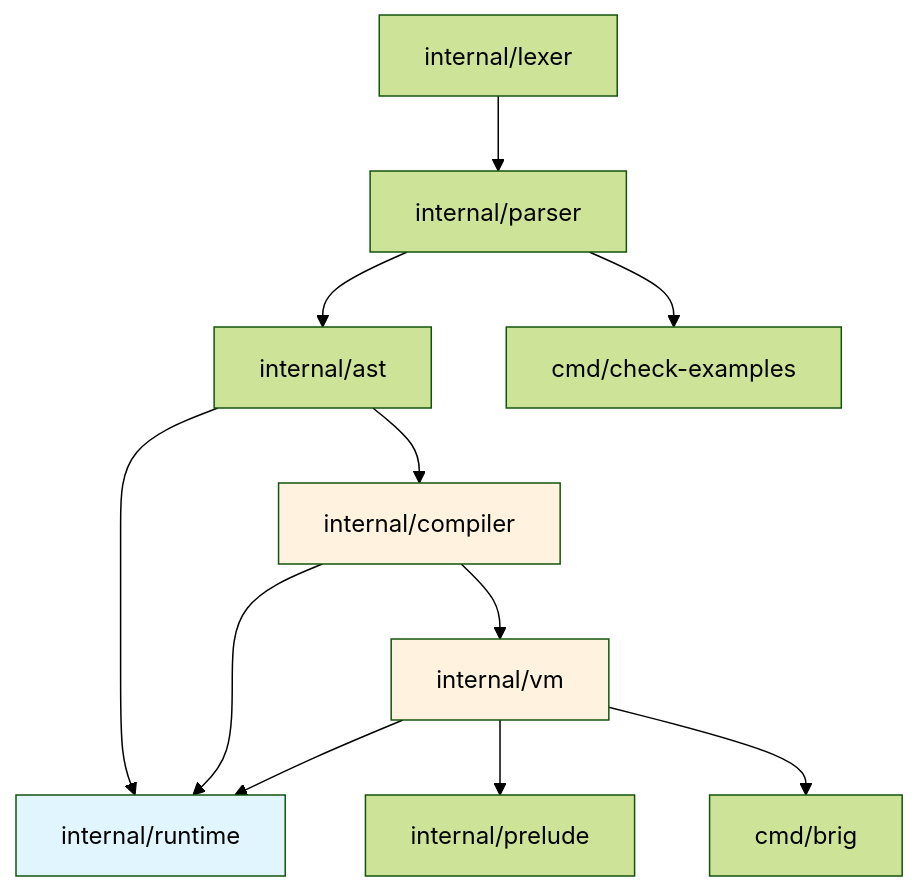
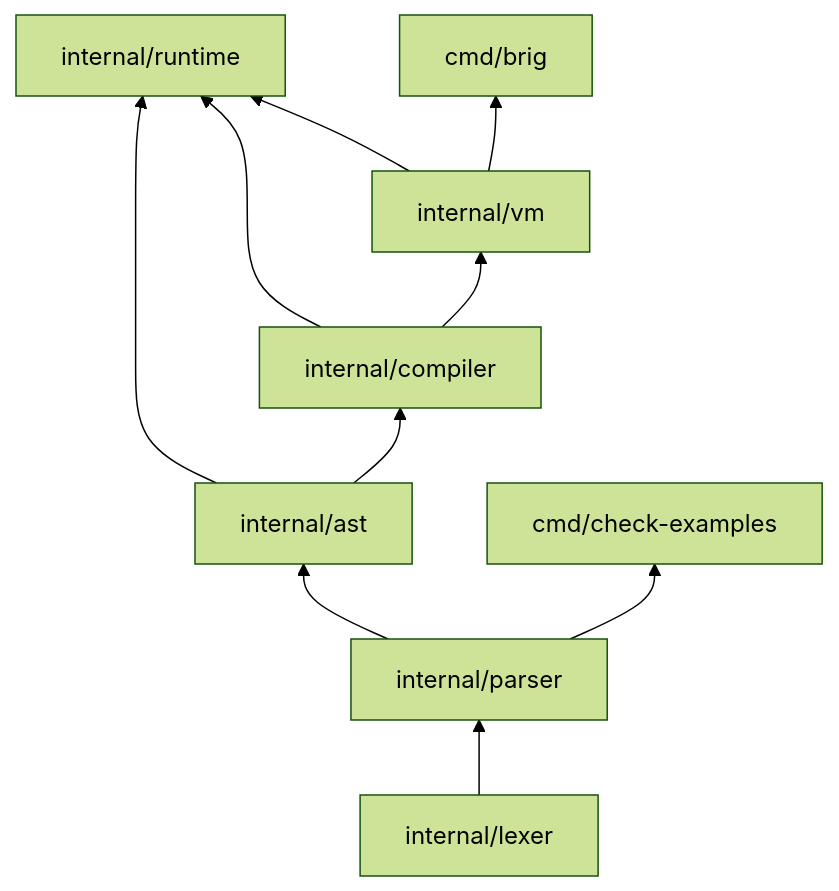
The fifth of 5 diagrams in docs/architecture.md (it1ro/brig-lang), drawn with Mermaid (forest theme) before and after one commit. The commit also changed other lines of this file, not shown here.

Commit message:
docs: update architecture notes

````diff
--- a/docs/architecture.md
+++ b/docs/architecture.md
@@ -71,17 +205,12 @@
 ```mermaid
-graph TD
-    L[internal/lexer] --> P[internal/parser]
-    P --> A[internal/ast]
-    A --> C[internal/compiler]
-    A --> R[internal/runtime]
-    C --> V[internal/vm]
-    C --> R
-    V --> R
-    V --> Pr[internal/prelude]
-    P --> CE[cmd/check-examples]
-    V --> CMD[cmd/brig]
-
-    style R fill:#e1f5fe
-    style V fill:#fff3e0
-    style C fill:#fff3e0
+graph BT
+    LEX["internal/lexer"] --> PAR["internal/parser"]
+    PAR --> AST["internal/ast"]
+    AST --> COMP["internal/compiler"]
+    AST --> RUN["internal/runtime"]
+    COMP --> VM["internal/vm"]
+    COMP --> RUN
+    VM --> RUN
+    PAR --> CE["cmd/check-examples"]
+    VM --> CMD["cmd/brig"]
 ```
````
